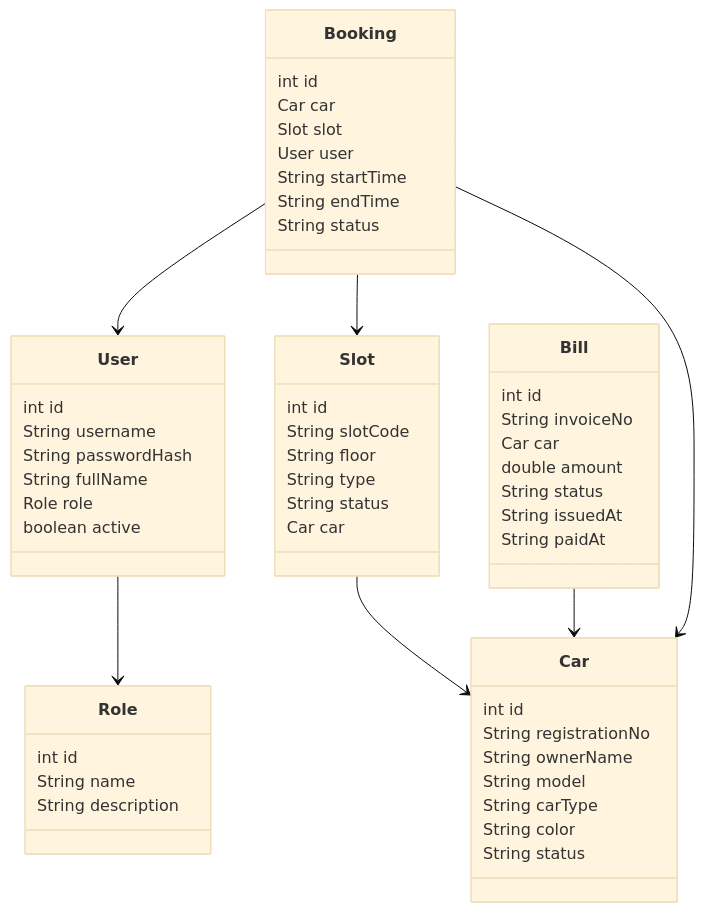
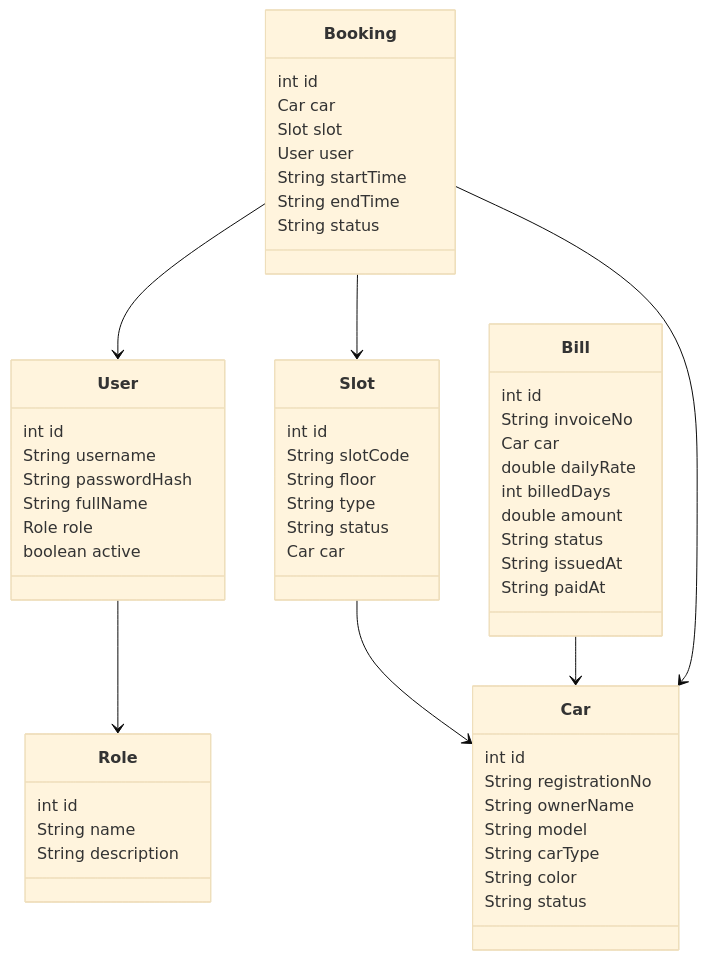
One commit to manahil66665-del/Parking-management-system changed the second of 2 diagrams in docs/PROJECT_REPORT.md. Above: the diagram before and after it, drawn with Mermaid (base theme). The commit also changed other lines of this file and 7 other files, not shown here.

````diff
--- a/docs/PROJECT_REPORT.md
+++ b/docs/PROJECT_REPORT.md
@@ -20,57 +20,59 @@
 ```mermaid
 classDiagram
     class User {
         int id
         String username
         String passwordHash
         String fullName
         Role role
         boolean active
     }
     class Role {
         int id
         String name
         String description
     }
     class Car {
         int id
         String registrationNo
         String ownerName
         String model
         String carType
         String color
         String status
     }
     class Slot {
         int id
         String slotCode
         String floor
         String type
         String status
         Car car
     }
     class Bill {
         int id
         String invoiceNo
         Car car
+        double dailyRate
+        int billedDays
         double amount
         String status
         String issuedAt
         String paidAt
     }
     class Booking {
         int id
         Car car
         Slot slot
         User user
         String startTime
         String endTime
         String status
     }
     User --> Role
     Slot --> Car
     Bill --> Car
     Booking --> User
     Booking --> Car
     Booking --> Slot
 ```
````
